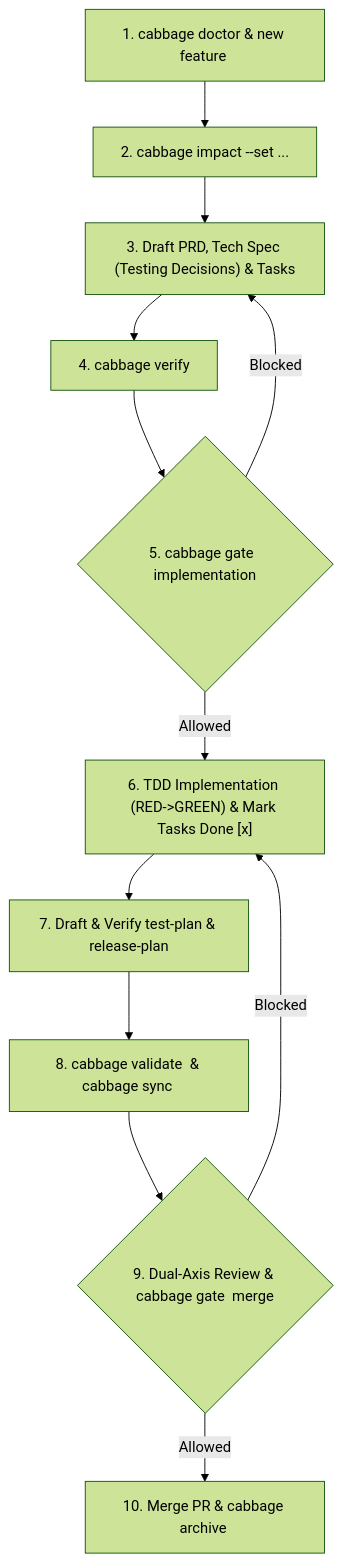
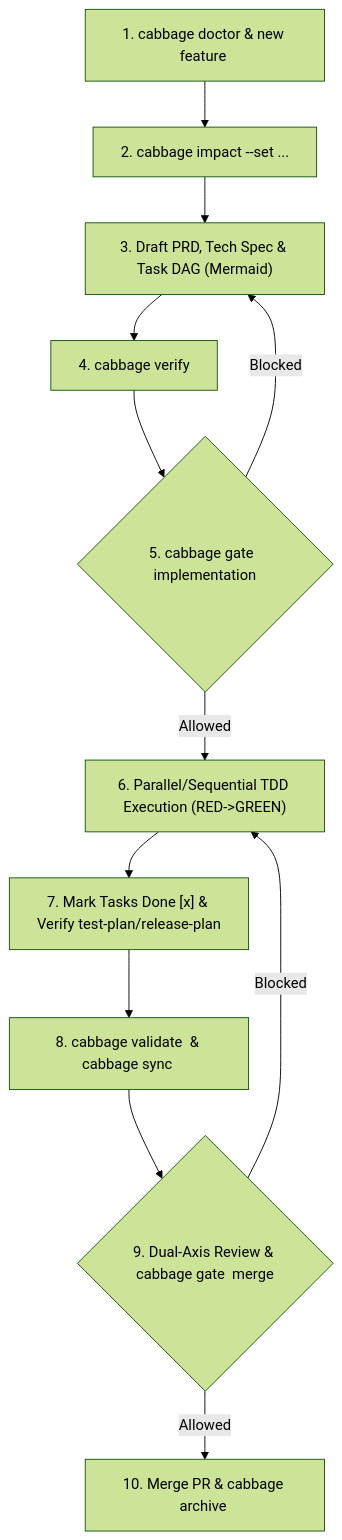
One commit to devcxl/cabbage changed the diagram in SKILL.md. Above: the diagram before and after it, drawn with Mermaid (forest theme). The commit also changed other lines of this file and 2 other files, not shown here.

Commit message:
feat(tasks): support DAG task dependencies, parallel slices and Mermaid graphs

````diff
--- a/SKILL.md
+++ b/SKILL.md
@@ -73,14 +73,14 @@
 ```mermaid
 flowchart TD
     A["1. cabbage doctor & new feature <id>"] --> B["2. cabbage impact <id> --set ..."]
-    B --> C["3. Draft PRD, Tech Spec (Testing Decisions) & Tasks"]
+    B --> C["3. Draft PRD, Tech Spec & Task DAG (Mermaid)"]
     C --> D["4. cabbage verify <id> <stage>"]
     D --> E{"5. cabbage gate <id> implementation"}
     E -- Blocked --> C
-    E -- Allowed --> F["6. TDD Implementation (RED->GREEN) & Mark Tasks Done [x]"]
-    F --> G["7. Draft & Verify test-plan & release-plan"]
+    E -- Allowed --> F["6. Parallel/Sequential TDD Execution (RED->GREEN)"]
+    F --> G["7. Mark Tasks Done [x] & Verify test-plan/release-plan"]
     G --> H["8. cabbage validate <id> & cabbage sync <id>"]
     H --> I{"9. Dual-Axis Review & cabbage gate <id> merge"}
     I -- Blocked --> F
     I -- Allowed --> J["10. Merge PR & cabbage archive <id>"]
 ```
````
